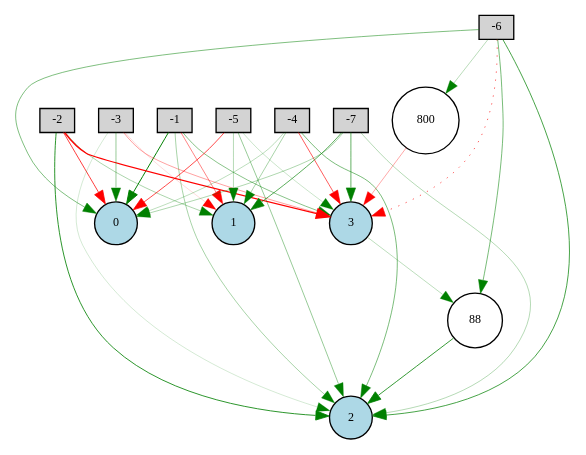
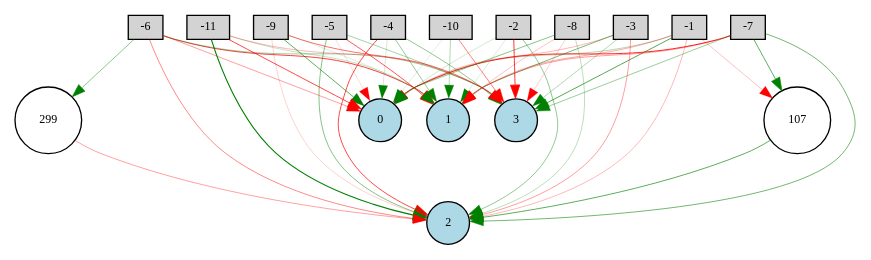
One commit to matrodrigues123/Neat-Snake changed the diagram in Digraph.gv. Above: the diagram before and after it, drawn with Graphviz. The commit also changed 4 other files, not shown here.

```diff
--- a/Digraph.gv
+++ b/Digraph.gv
@@ -1,48 +1,68 @@
 digraph {
 	node [fontsize=9 height=0.2 shape=circle width=0.2]
 	-1 [fillcolor=lightgray shape=box style=filled]
 	-2 [fillcolor=lightgray shape=box style=filled]
 	-3 [fillcolor=lightgray shape=box style=filled]
 	-4 [fillcolor=lightgray shape=box style=filled]
 	-5 [fillcolor=lightgray shape=box style=filled]
 	-6 [fillcolor=lightgray shape=box style=filled]
 	-7 [fillcolor=lightgray shape=box style=filled]
+	-8 [fillcolor=lightgray shape=box style=filled]
+	-9 [fillcolor=lightgray shape=box style=filled]
+	-10 [fillcolor=lightgray shape=box style=filled]
+	-11 [fillcolor=lightgray shape=box style=filled]
 	0 [fillcolor=lightblue style=filled]
 	1 [fillcolor=lightblue style=filled]
 	2 [fillcolor=lightblue style=filled]
 	3 [fillcolor=lightblue style=filled]
-	800 [fillcolor=white style=filled]
-	88 [fillcolor=white style=filled]
-	-1 -> 0 [color=green penwidth=0.7360276074016746 style=solid]
-	-1 -> 1 [color=red penwidth=0.3641050549882181 style=solid]
-	-1 -> 2 [color=green penwidth=0.2649393355896833 style=solid]
-	-1 -> 3 [color=green penwidth=0.3483498031713598 style=solid]
-	-2 -> 0 [color=red penwidth=0.5722355912080315 style=solid]
-	-2 -> 1 [color=green penwidth=0.2544240161850315 style=solid]
-	-2 -> 2 [color=green penwidth=0.6175981979052382 style=solid]
-	-2 -> 3 [color=red penwidth=0.95641641035029 style=solid]
-	-3 -> 0 [color=green penwidth=0.3147335606007684 style=solid]
-	-3 -> 1 [color=red penwidth=0.10957870332467157 style=solid]
-	-3 -> 2 [color=green penwidth=0.1339991536444642 style=solid]
-	-3 -> 3 [color=red penwidth=0.28471540148630725 style=solid]
-	-4 -> 0 [color=green penwidth=0.19971879289707073 style=solid]
-	-4 -> 1 [color=green penwidth=0.25511490161140304 style=solid]
-	-4 -> 2 [color=green penwidth=0.39058711760530296 style=solid]
-	-4 -> 3 [color=red penwidth=0.47695399675147265 style=solid]
-	-5 -> 0 [color=red penwidth=0.5303183996674545 style=solid]
-	-5 -> 1 [color=green penwidth=0.21701371306170897 style=solid]
-	-5 -> 2 [color=green penwidth=0.30808249718823566 style=solid]
-	-5 -> 3 [color=green penwidth=0.1557402603362649 style=solid]
-	-6 -> 0 [color=green penwidth=0.3828926764095074 style=solid]
-	-6 -> 2 [color=green penwidth=0.5414156536944729 style=solid]
-	-6 -> 3 [color=red penwidth=0.46642440613500935 style=dotted]
-	-7 -> 0 [color=green penwidth=0.24046041988152558 style=solid]
-	-7 -> 1 [color=green penwidth=0.4802899279128663 style=solid]
-	-7 -> 2 [color=green penwidth=0.2163540713235445 style=solid]
-	-7 -> 3 [color=green penwidth=0.4616747669164789 style=solid]
-	-6 -> 88 [color=green penwidth=0.40008872654726213 style=solid]
-	88 -> 2 [color=green penwidth=0.5924497077910671 style=solid]
-	3 -> 88 [color=green penwidth=0.19607970345972336 style=solid]
-	-6 -> 800 [color=green penwidth=0.21184637944720988 style=solid]
-	800 -> 3 [color=red penwidth=0.2617404075126696 style=solid]
+	107 [fillcolor=white style=filled]
+	299 [fillcolor=white style=filled]
+	-1 -> 0 [color=green penwidth=0.22835097677173852 style=solid]
+	-1 -> 1 [color=red penwidth=0.2559540061213573 style=solid]
+	-1 -> 2 [color=red penwidth=0.20805136879524072 style=solid]
+	-1 -> 3 [color=green penwidth=0.507095178119345 style=solid]
+	-2 -> 0 [color=green penwidth=0.1359067078834039 style=solid]
+	-2 -> 1 [color=green penwidth=0.10857980098617018 style=solid]
+	-2 -> 2 [color=green penwidth=0.31727751405595567 style=solid]
+	-2 -> 3 [color=red penwidth=0.5895836051740276 style=solid]
+	-3 -> 0 [color=red penwidth=0.2210424091525131 style=solid]
+	-3 -> 1 [color=green penwidth=0.40462837116291517 style=solid]
+	-3 -> 2 [color=red penwidth=0.2935557084683345 style=solid]
+	-3 -> 3 [color=green penwidth=0.23070646930849126 style=solid]
+	-4 -> 0 [color=green penwidth=0.1306471352809391 style=solid]
+	-4 -> 1 [color=green penwidth=0.3128025309633643 style=solid]
+	-4 -> 2 [color=red penwidth=0.5386885264106331 style=solid]
+	-4 -> 3 [color=green penwidth=0.3344369009100091 style=solid]
+	-5 -> 0 [color=red penwidth=0.12172693466843286 style=solid]
+	-5 -> 1 [color=red penwidth=0.5011343855668503 style=solid]
+	-5 -> 2 [color=green penwidth=0.3627136902671382 style=solid]
+	-5 -> 3 [color=green penwidth=0.2704224920600449 style=solid]
+	-6 -> 0 [color=red penwidth=0.2865839790614806 style=solid]
+	-6 -> 1 [color=red penwidth=0.5710614916331789 style=solid]
+	-6 -> 2 [color=red penwidth=0.34715676882926183 style=solid]
+	-6 -> 3 [color=green penwidth=0.28133868144861673 style=solid]
+	-7 -> 0 [color=red penwidth=0.6307391190964544 style=solid]
+	-7 -> 1 [color=red penwidth=0.29354570056847784 style=solid]
+	-7 -> 2 [color=green penwidth=0.42266583089618415 style=solid]
+	-7 -> 3 [color=green penwidth=0.2950425847652659 style=solid]
+	-8 -> 0 [color=green penwidth=0.3477783059147831 style=solid]
+	-8 -> 1 [color=red penwidth=0.1893852093533389 style=solid]
+	-8 -> 2 [color=green penwidth=0.20332654494153823 style=solid]
+	-8 -> 3 [color=red penwidth=0.15044190669434762 style=solid]
+	-9 -> 0 [color=green penwidth=0.47761949593365993 style=solid]
+	-9 -> 1 [color=green penwidth=0.10791999371823716 style=solid]
+	-9 -> 2 [color=red penwidth=0.14241534701011277 style=solid]
+	-9 -> 3 [color=red penwidth=0.42658128981511634 style=solid]
+	-10 -> 0 [color=green penwidth=0.10236313580853383 style=solid]
+	-10 -> 1 [color=green penwidth=0.22575298087277149 style=solid]
+	-10 -> 3 [color=red penwidth=0.37973651022819666 style=solid]
+	-11 -> 0 [color=red penwidth=0.5388962039736196 style=solid]
+	-11 -> 1 [color=green penwidth=0.1799021084374512 style=solid]
+	-11 -> 2 [color=green penwidth=0.8302153118737682 style=solid]
+	-11 -> 3 [color=red penwidth=0.23279236180698498 style=solid]
+	-7 -> 107 [color=green penwidth=0.4724019417335479 style=solid]
+	107 -> 2 [color=green penwidth=0.48045833878244837 style=solid]
+	-1 -> 107 [color=red penwidth=0.18750501916903817 style=solid]
+	-6 -> 299 [color=green penwidth=0.33675752794284763 style=solid]
+	299 -> 2 [color=red penwidth=0.2762771311926351 style=solid]
 }
```
